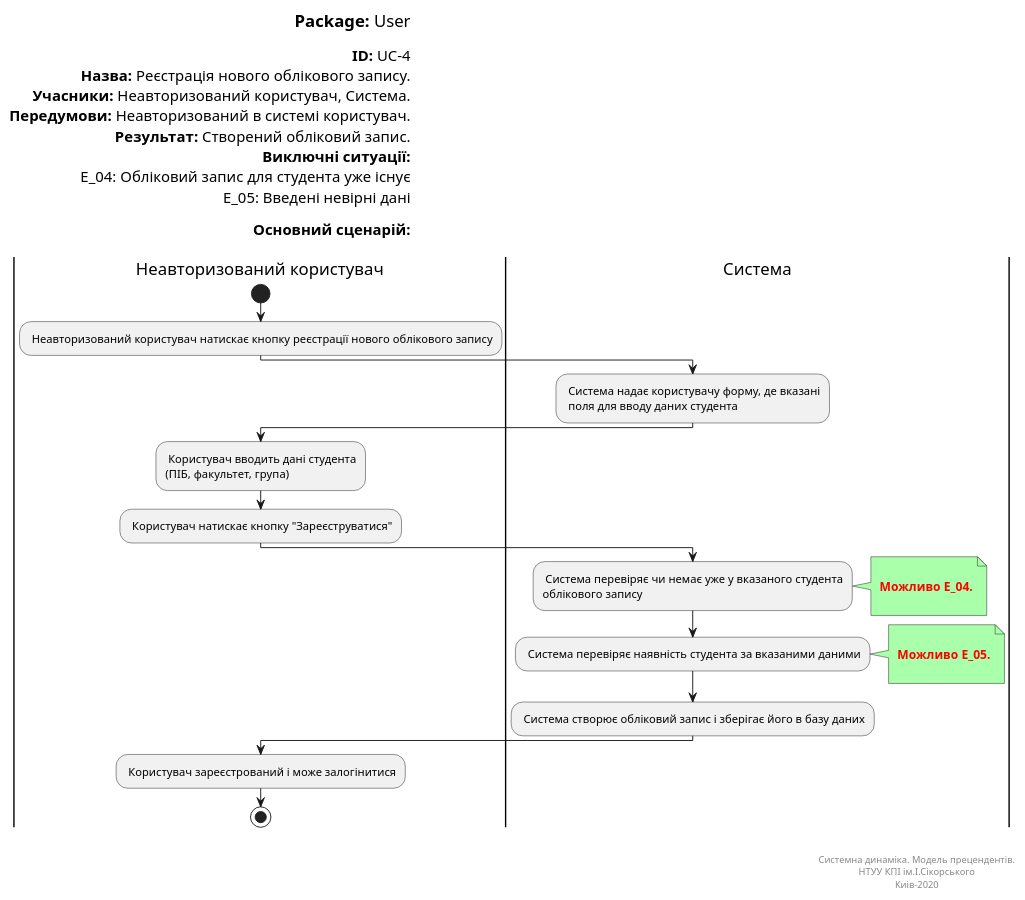
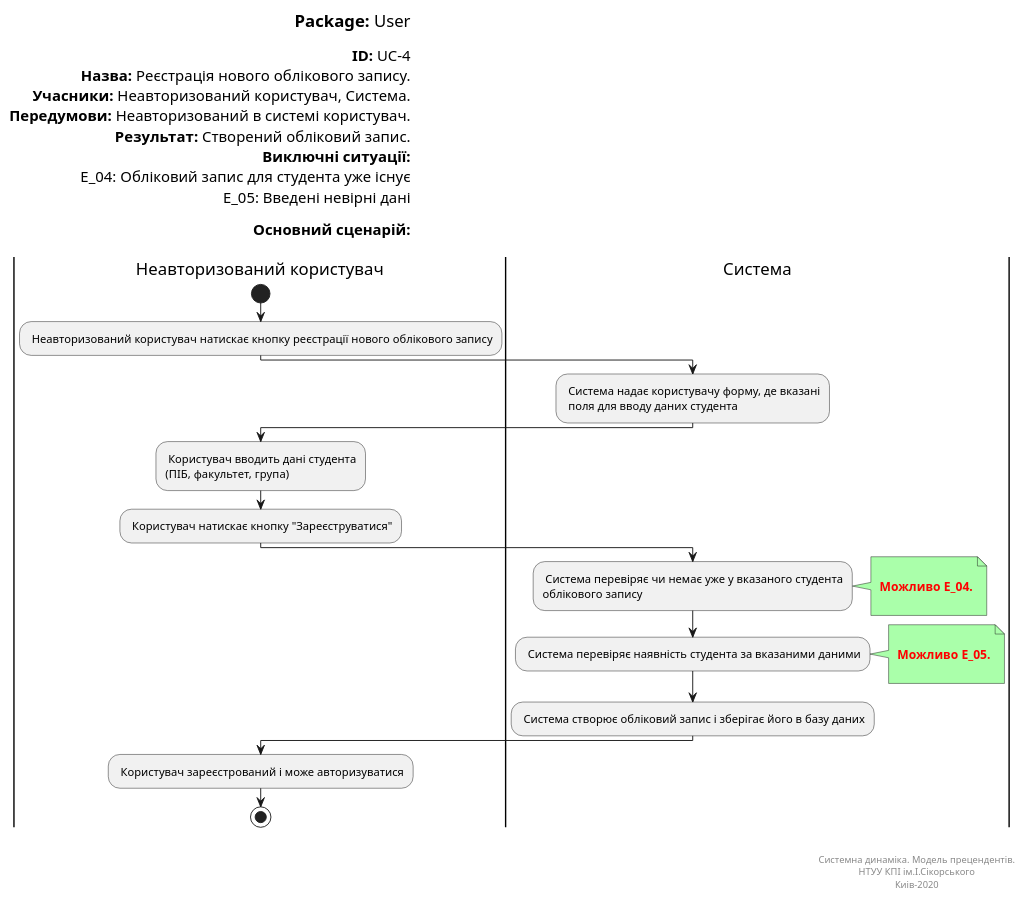
One commit to vladlinu/TeamOne changed the diagram in UML_Diagrams/unauthorized_user/UC-4.pu. Above: the diagram before and after it, drawn with PlantUML. The commit also changed 3 other files, not shown here.

```diff
--- a/UML_Diagrams/unauthorized_user/UC-4.pu
+++ b/UML_Diagrams/unauthorized_user/UC-4.pu
@@ -1,62 +1,62 @@
 @startuml
 left header
 <font color=000 size=18><b>Package:</b> User
 
 <font color=000 size=16><b>ID:</b> UC-4
 <font color=000 size=16><b>Назва:</b> Реєстрація нового облікового запису.
 <font color=000 size=16><b>Учасники:</b> Неавторизований користувач, Система.
 <font color=000 size=16><b>Передумови:</b> Неавторизований в системі користувач.
 <font color=000 size=16><b>Результат:</b> Створений обліковий запис.
 <font color=000 size=16><b>Виключні ситуації:</b>
 <font color=000 size=16> E_04: Обліковий запис для студента уже існує
 <font color=000 size=16> E_05: Введені невірні дані
 
 <font color=000 size=16><b>Основний сценарій:</b>
 
 end header
 
 |Неавторизований користувач|
 start
 : Неавторизований користувач натискає кнопку реєстрації нового облікового запису;
 
 |Система|
 : Система надає користувачу форму, де вказані
  поля для вводу даних студента;
 
 |Неавторизований користувач|
 : Користувач вводить дані студента
 (ПІБ, факультет, група);   
 
 : Користувач натискає кнопку "Зареєструватися";
 
 |Система|
 : Система перевіряє чи немає уже у вказаного студента
 облікового запису;
 note right #aaffaa
 
 <font color=red><b> Можливо E_04.
 
 end note
 : Система перевіряє наявність студента за вказаними даними;
 note right #aaffaa
 
 <font color=red><b> Можливо E_05.
 
 end note
 
 : Система створює обліковий запис і зберігає його в базу даних;
 
 |Неавторизований користувач|
 
-: Користувач зареєстрований і може залогінитися;
+: Користувач зареєстрований і може авторизуватися;
 
 stop;
 
 right footer
 
 
 Системна динаміка. Модель прецендентів.
 НТУУ КПІ ім.І.Сікорського
 Киів-2020
 end footer
 @enduml
```
